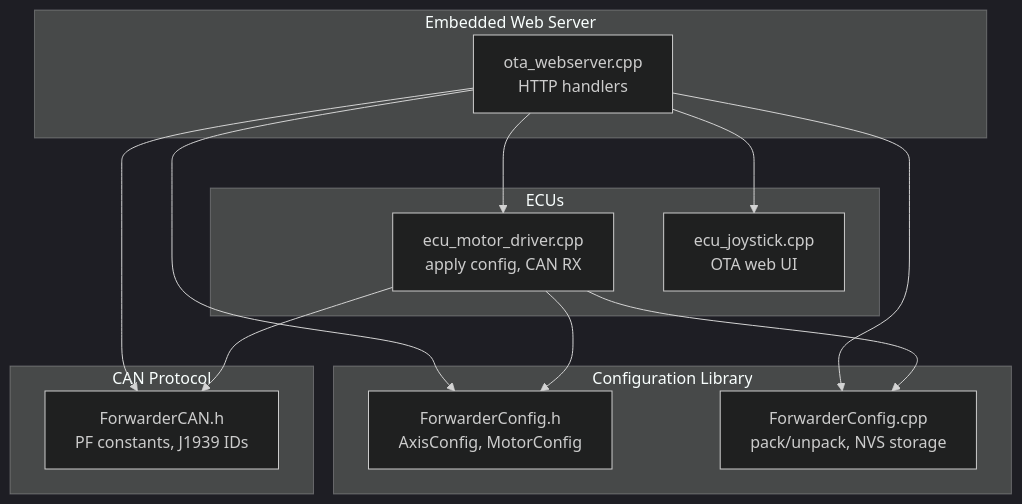
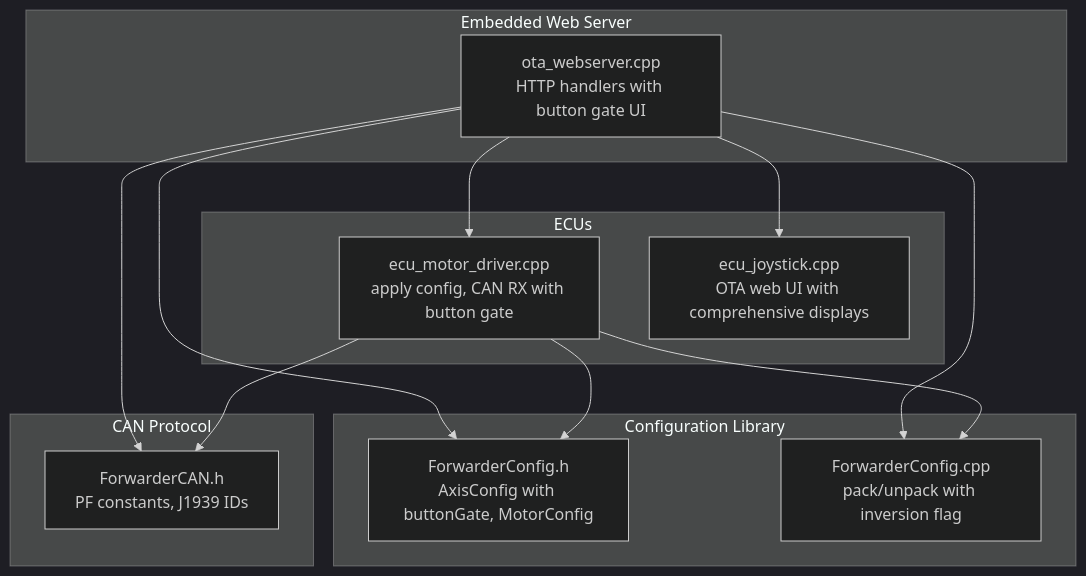
The first of 3 diagrams in .qoder/repowiki/en/content/API Reference/HTTP REST API Endpoints/Configuration Management Endpoints/Axis Mapping Configuration.md (gunicsba/ESP_CAN_ECU_joystick_collection), drawn with Mermaid (dark theme) before and after one commit. The commit also changed other lines of this file and 10 other files, not shown here.

````diff
--- a/.qoder/repowiki/en/content/API Reference/HTTP REST API Endpoints/Configuration Management Endpoints/Axis Mapping Configuration.md
+++ b/.qoder/repowiki/en/content/API Reference/HTTP REST API Endpoints/Configuration Management Endpoints/Axis Mapping Configuration.md
@@ -42,25 +52,25 @@
 ```mermaid
 graph TB
 subgraph "Embedded Web Server"
-OWS["ota_webserver.cpp<br/>HTTP handlers"]
+OWS["ota_webserver.cpp<br/>HTTP handlers with button gate UI"]
 end
 subgraph "Configuration Library"
-FCH["ForwarderConfig.h<br/>AxisConfig, MotorConfig"]
-FCC["ForwarderConfig.cpp<br/>pack/unpack, NVS storage"]
+FCH["ForwarderConfig.h<br/>AxisConfig with buttonGate, MotorConfig"]
+FCC["ForwarderConfig.cpp<br/>pack/unpack with inversion flag"]
 end
 subgraph "CAN Protocol"
 FCA["ForwarderCAN.h<br/>PF constants, J1939 IDs"]
 end
 subgraph "ECUs"
-MD["ecu_motor_driver.cpp<br/>apply config, CAN RX"]
-JOY["ecu_joystick.cpp<br/>OTA web UI"]
+MD["ecu_motor_driver.cpp<br/>apply config, CAN RX with button gate"]
+JOY["ecu_joystick.cpp<br/>OTA web UI with comprehensive displays"]
 end
 OWS --> FCH
 OWS --> FCC
 OWS --> FCA
 OWS --> MD
 OWS --> JOY
 MD --> FCA
 MD --> FCH
 MD --> FCC
 ```
````
